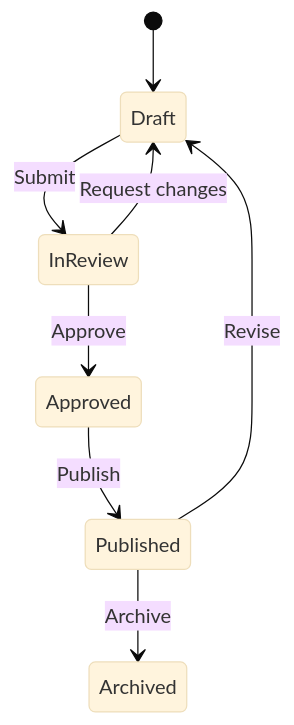
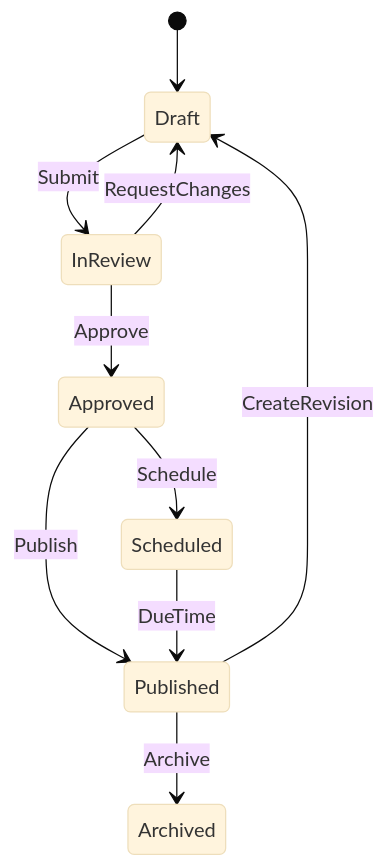
One commit to rezachidotnet/ahanassa-website changed the third of 3 diagrams in 01-sources/CMS_ARCHITECTURE.md. Above: the diagram before and after it, drawn with Mermaid (base theme). The commit also changed other lines of this file and 38 other files, not shown here.

````diff
--- a/01-sources/CMS_ARCHITECTURE.md
+++ b/01-sources/CMS_ARCHITECTURE.md
@@ -447,10 +376,12 @@
 ```mermaid
 stateDiagram-v2
     [*] --> Draft
     Draft --> InReview: Submit
-    InReview --> Draft: Request changes
+    InReview --> Draft: RequestChanges
     InReview --> Approved: Approve
+    Approved --> Scheduled: Schedule
     Approved --> Published: Publish
-    Published --> Draft: Revise
+    Scheduled --> Published: DueTime
+    Published --> Draft: CreateRevision
     Published --> Archived: Archive
 ```
````
